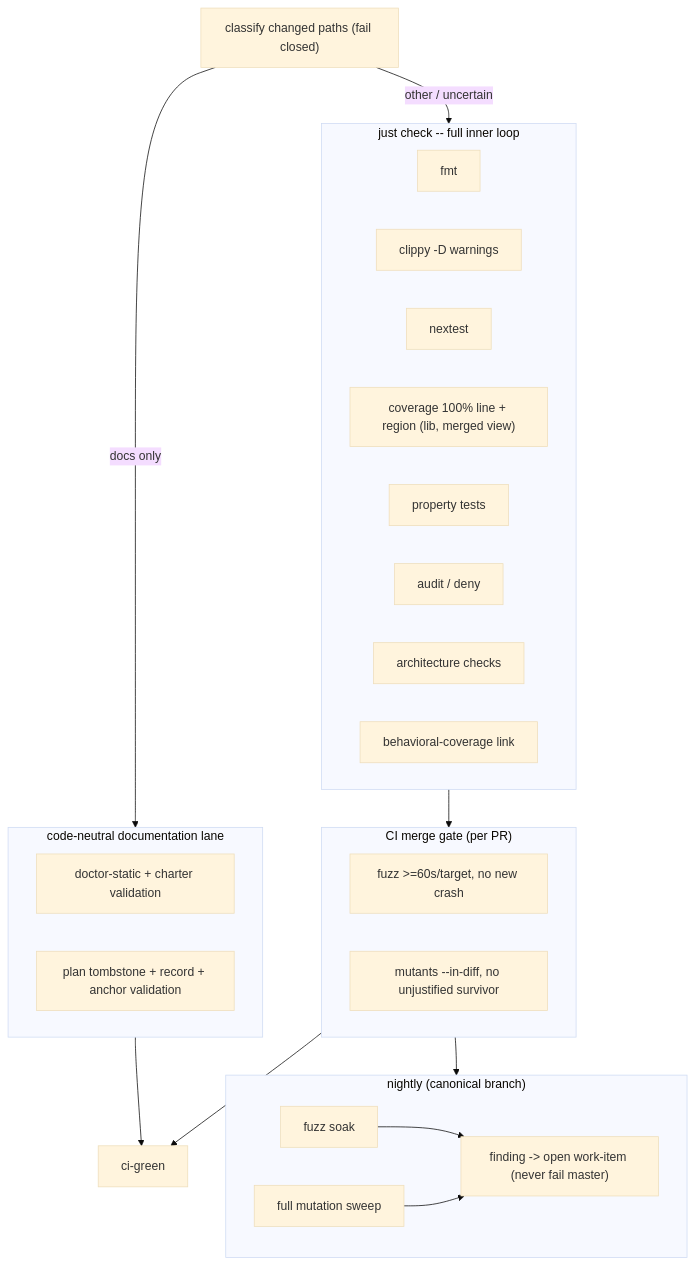
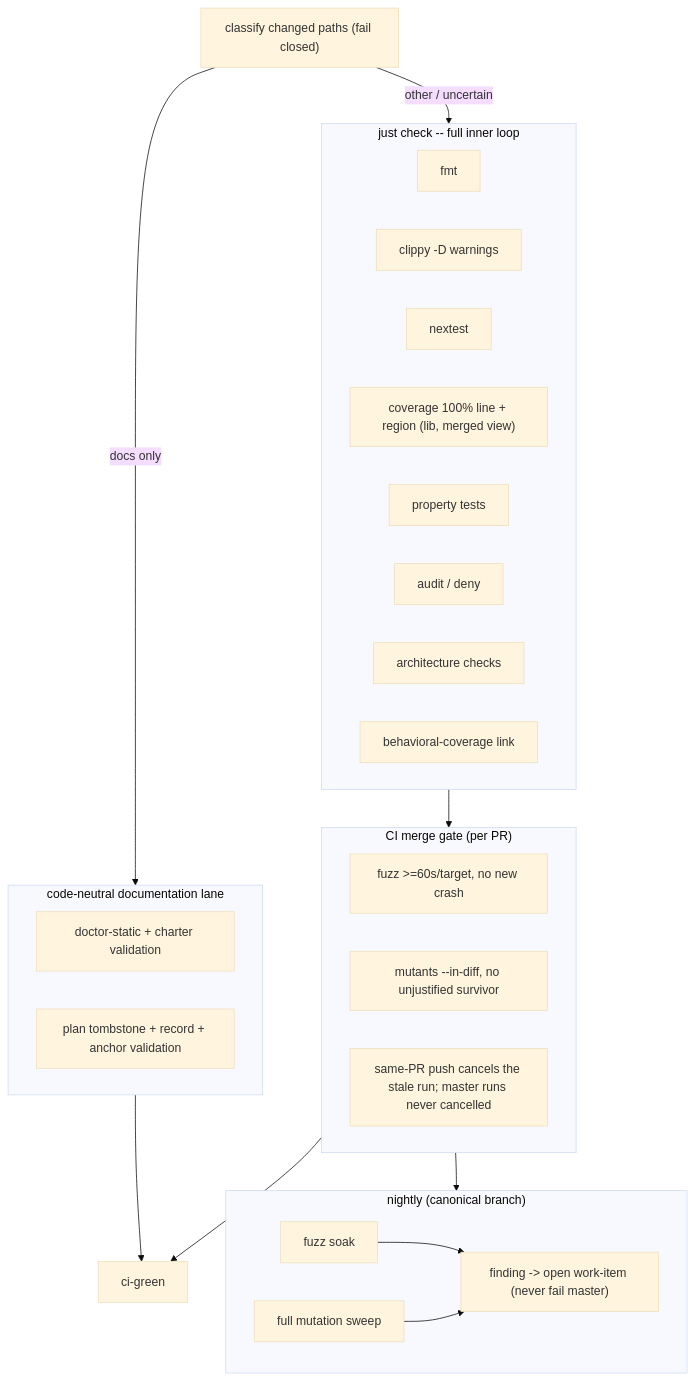
Before and after one commit to thewoolleyman/livespec-console-beads-fabro: the first of 15 diagrams in SPECIFICATION/non-functional-requirements.md, drawn with Mermaid (base theme). The commit also changed other lines of this file and 16 other files, not shown here.

````diff
--- a/SPECIFICATION/non-functional-requirements.md
+++ b/SPECIFICATION/non-functional-requirements.md
@@ -292,35 +314,36 @@
 ```mermaid
 flowchart TB
   Classify["classify changed paths (fail closed)"]
   subgraph Docs["code-neutral documentation lane"]
     Static["doctor-static + charter validation"]
     Tombstone["plan tombstone + record + anchor validation"]
   end
   subgraph Inner["just check -- full inner loop"]
     Fmt["fmt"]
     Clippy["clippy -D warnings"]
     Tests["nextest"]
     Coverage["coverage 100% line + region (lib, merged view)"]
     Props["property tests"]
     Audit["audit / deny"]
     Arch["architecture checks"]
     BehLink["behavioral-coverage link"]
   end
 
   subgraph Merge["CI merge gate (per PR)"]
     Fuzz["fuzz >=60s/target, no new crash"]
     Mutants["mutants --in-diff, no unjustified survivor"]
+    Supersede["same-PR push cancels the stale run; master runs never cancelled"]
   end
 
   subgraph Night["nightly (canonical branch)"]
     FuzzSoak["fuzz soak"]
     MutantsFull["full mutation sweep"]
     Chore["finding -> open work-item (never fail master)"]
   end
 
   Classify -->|docs only| Docs --> Green["ci-green"]
   Classify -->|other / uncertain| Inner --> Merge --> Green
   Merge --> Night
   FuzzSoak --> Chore
   MutantsFull --> Chore
 ```
````
